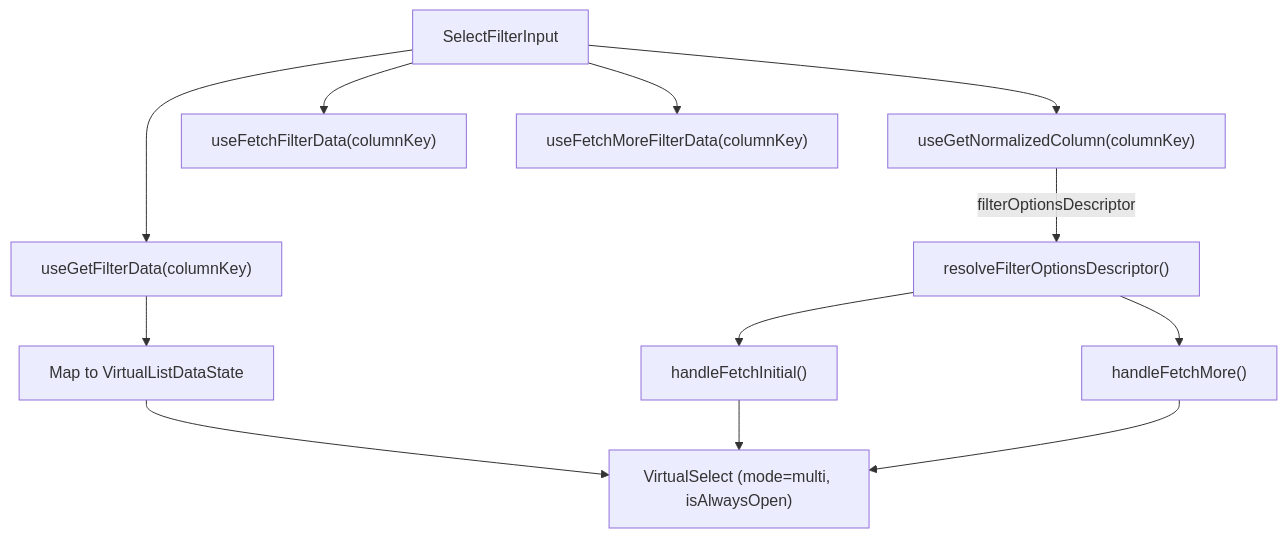
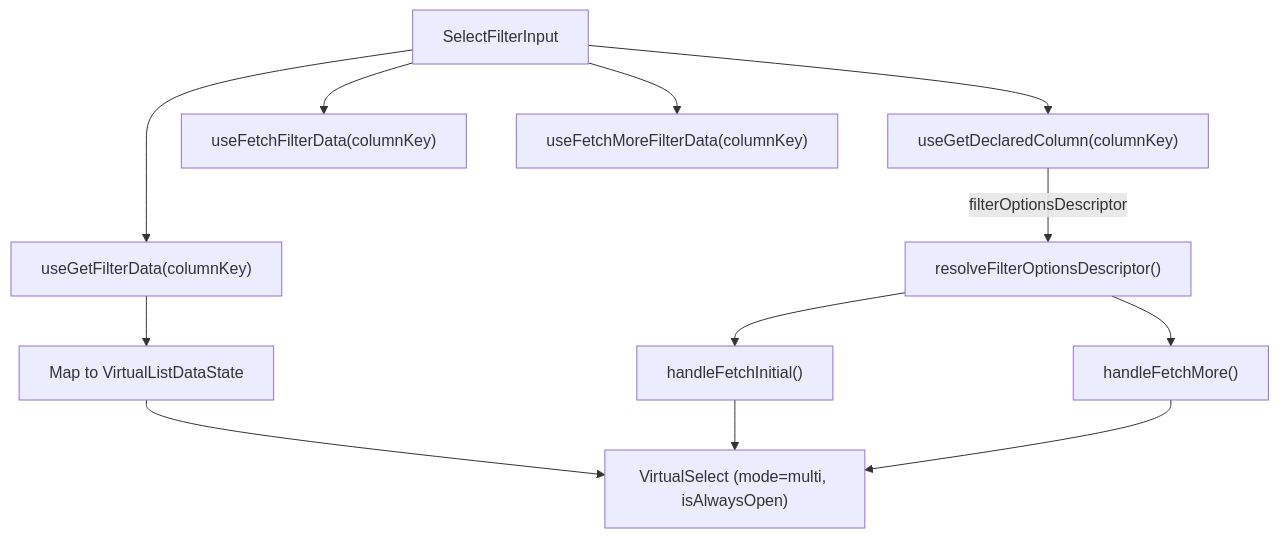
One commit to luciocabrera/lcabrera-stack changed the second of 2 diagrams in packages/ui/src/components/Table/filters/ARCHITECTURE.md. Above: the diagram before and after it, drawn with Mermaid. The commit also changed other lines of this file and 70 other files, not shown here.

````diff
--- a/packages/ui/src/components/Table/filters/ARCHITECTURE.md
+++ b/packages/ui/src/components/Table/filters/ARCHITECTURE.md
@@ -104,16 +104,16 @@
 ```mermaid
 graph TD
-  SI["SelectFilterInput"] --> col["useGetNormalizedColumn(columnKey)"]
+  SI["SelectFilterInput"] --> col["useGetDeclaredColumn(columnKey)"]
   SI --> fd["useGetFilterData(columnKey)"]
   SI --> fetch["useFetchFilterData(columnKey)"]
   SI --> more["useFetchMoreFilterData(columnKey)"]
 
   col -->|"filterOptionsDescriptor"| resolve["resolveFilterOptionsDescriptor()"]
   resolve --> onFetch["handleFetchInitial()"]
   resolve --> onMore["handleFetchMore()"]
 
   fd --> state["Map to VirtualListDataState"]
   state --> VS["VirtualSelect (mode=multi, isAlwaysOpen)"]
   onFetch --> VS
   onMore --> VS
 ```
````
